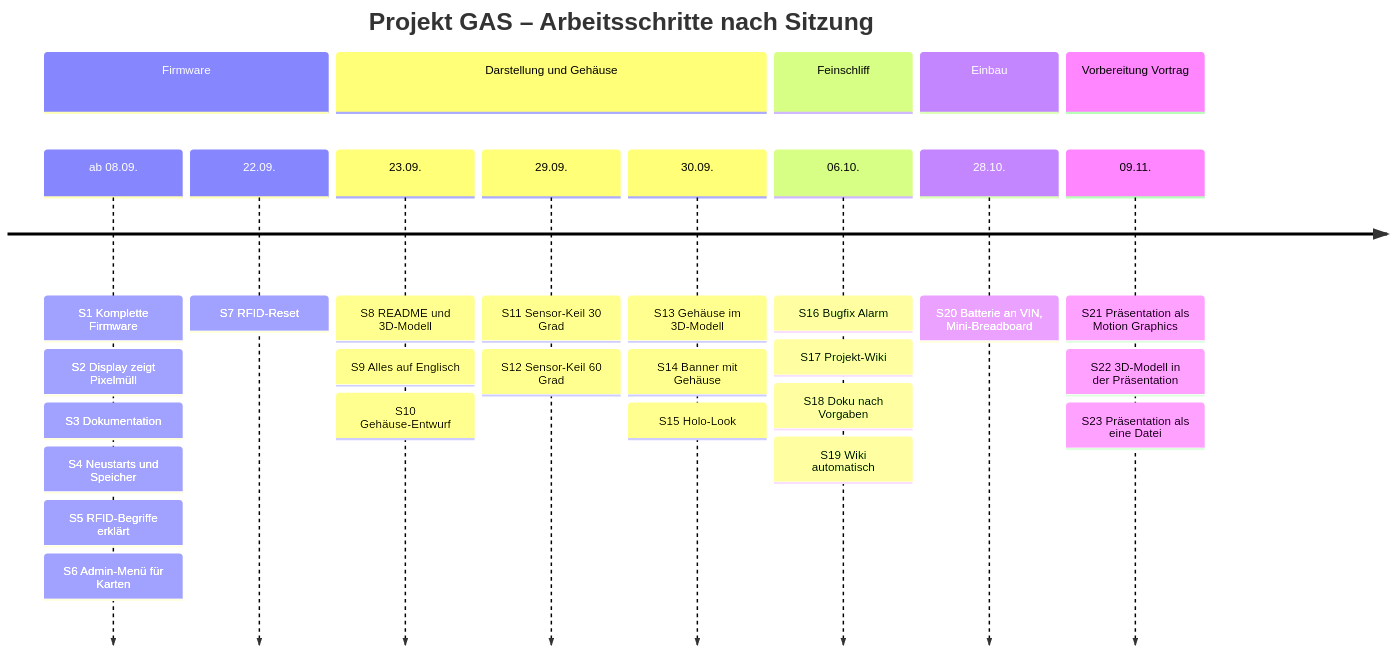
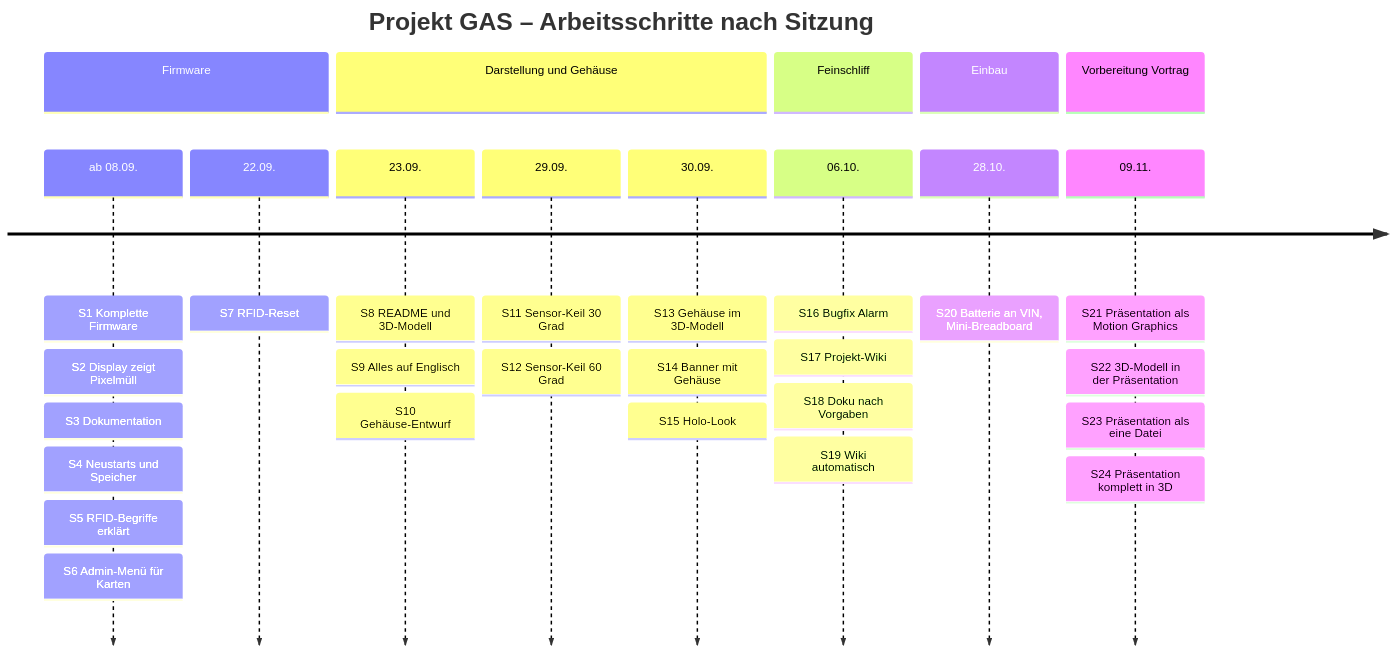
Before and after one commit to BBZ-AIFS51/LF7-Projekt_GAS: the first of 3 diagrams in wiki/Entwicklungsverlauf.md, drawn with Mermaid. The commit also changed other lines of this file and 15 other files, not shown here.

First line of the commit message:
Rebuild the presentation as a full 3D motion-graphics show

````diff
--- a/wiki/Entwicklungsverlauf.md
+++ b/wiki/Entwicklungsverlauf.md
@@ -25,32 +25,33 @@
 ```mermaid
 timeline
     title Projekt GAS – Arbeitsschritte nach Sitzung
     section Firmware
         ab 08.09. : S1 Komplette Firmware
                   : S2 Display zeigt Pixelmüll
                   : S3 Dokumentation
                   : S4 Neustarts und Speicher
                   : S5 RFID-Begriffe erklärt
                   : S6 Admin-Menü für Karten
         22.09. : S7 RFID-Reset
     section Darstellung und Gehäuse
         23.09. : S8 README und 3D-Modell
                : S9 Alles auf Englisch
                : S10 Gehäuse-Entwurf
         29.09. : S11 Sensor-Keil 30 Grad
                : S12 Sensor-Keil 60 Grad
         30.09. : S13 Gehäuse im 3D-Modell
                : S14 Banner mit Gehäuse
                : S15 Holo-Look
     section Feinschliff
         06.10. : S16 Bugfix Alarm
                : S17 Projekt-Wiki
                : S18 Doku nach Vorgaben
                : S19 Wiki automatisch
     section Einbau
         28.10. : S20 Batterie an VIN, Mini-Breadboard
     section Vorbereitung Vortrag
         09.11. : S21 Präsentation als Motion Graphics
                : S22 3D-Modell in der Präsentation
                : S23 Präsentation als eine Datei
+               : S24 Präsentation komplett in 3D
 ```
````
